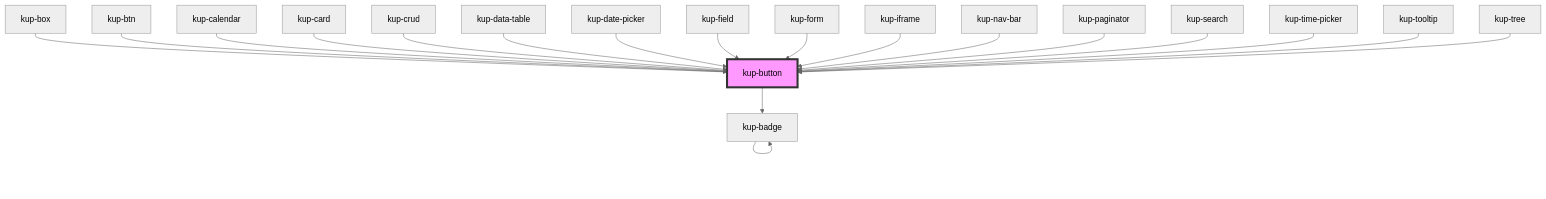
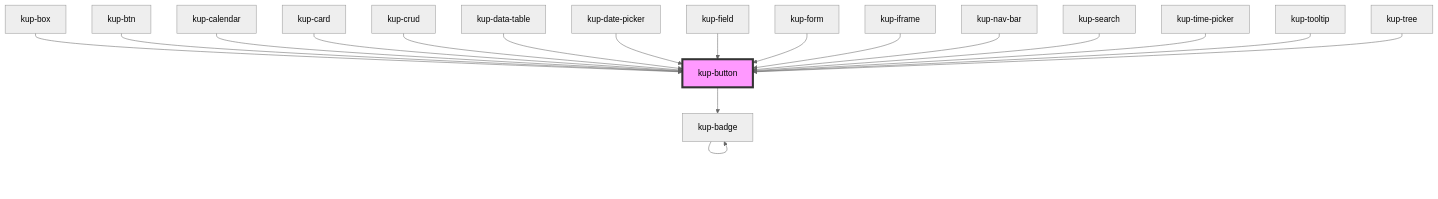
Before and after one commit to smeup/ketchup: the diagram in packages/ketchup/src/components/kup-button/readme.md, drawn with Mermaid (neutral theme). The commit also changed other lines of this file and 26 other files, not shown here.

Commit message:
Generic FComponent type. Replaced kup-button with FButton in paginator and data table column menu.

````diff
--- a/packages/ketchup/src/components/kup-button/readme.md
+++ b/packages/ketchup/src/components/kup-button/readme.md
@@ -70,22 +69,21 @@
 ```mermaid
 graph TD;
   kup-button --> kup-badge
   kup-badge --> kup-badge
   kup-box --> kup-button
   kup-btn --> kup-button
   kup-calendar --> kup-button
   kup-card --> kup-button
   kup-crud --> kup-button
   kup-data-table --> kup-button
   kup-date-picker --> kup-button
   kup-field --> kup-button
   kup-form --> kup-button
   kup-iframe --> kup-button
   kup-nav-bar --> kup-button
-  kup-paginator --> kup-button
   kup-search --> kup-button
   kup-time-picker --> kup-button
   kup-tooltip --> kup-button
   kup-tree --> kup-button
   style kup-button fill:#f9f,stroke:#333,stroke-width:4px
 ```
````
